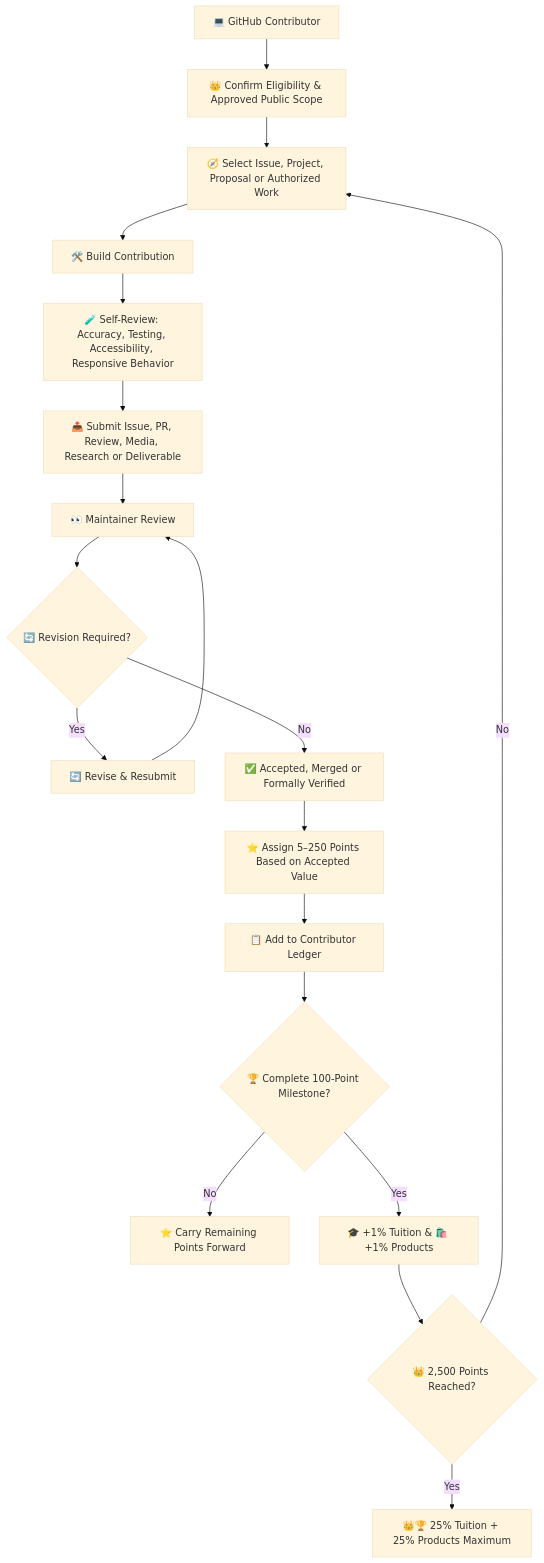
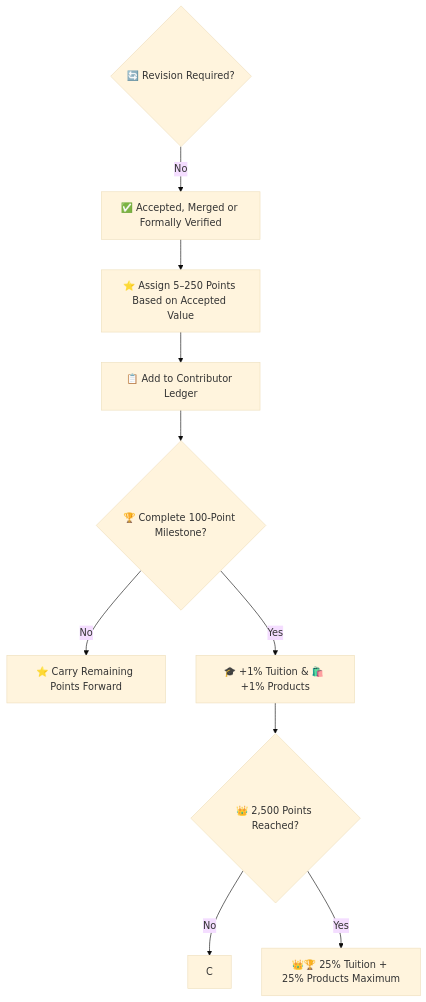
One commit to RIAHPathway/Website changed the second of 3 diagrams in Contributor-Benefits/GITHUB-CONTRIBUTORS.md. Above: the diagram before and after it, drawn with Mermaid (base theme).

Commit message:
Split oversized Mermaid flows for readability

````diff
--- a/Contributor-Benefits/GITHUB-CONTRIBUTORS.md
+++ b/Contributor-Benefits/GITHUB-CONTRIBUTORS.md
@@ -33,21 +50,13 @@
 ```mermaid
 flowchart TB
-A["💻 GitHub Contributor"] --> B["👑 Confirm Eligibility & Approved Public Scope"]
-B --> C["🧭 Select Issue, Project, Proposal or Authorized Work"]
-C --> D["🛠️ Build Contribution"]
-D --> E["🧪 Self-Review: Accuracy, Testing, Accessibility, Responsive Behavior"]
-E --> F["📤 Submit Issue, PR, Review, Media, Research or Deliverable"]
-F --> G["👀 Maintainer Review"]
-G --> H{"🔄 Revision Required?"}
-H -- Yes --> I["🔄 Revise & Resubmit"]
-I --> G
+H{"🔄 Revision Required?"}
 H -- No --> J["✅ Accepted, Merged or Formally Verified"]
 J --> K["⭐ Assign 5–250 Points Based on Accepted Value"]
 K --> L["📋 Add to Contributor Ledger"]
 L --> M{"🏆 Complete 100-Point Milestone?"}
 M -- No --> N["⭐ Carry Remaining Points Forward"]
 M -- Yes --> O["🎓 +1% Tuition & 🛍️ +1% Products"]
 O --> P{"👑 2,500 Points Reached?"}
 P -- No --> C
 P -- Yes --> Q["👑🏆 25% Tuition + 25% Products Maximum"]
 ```
````
